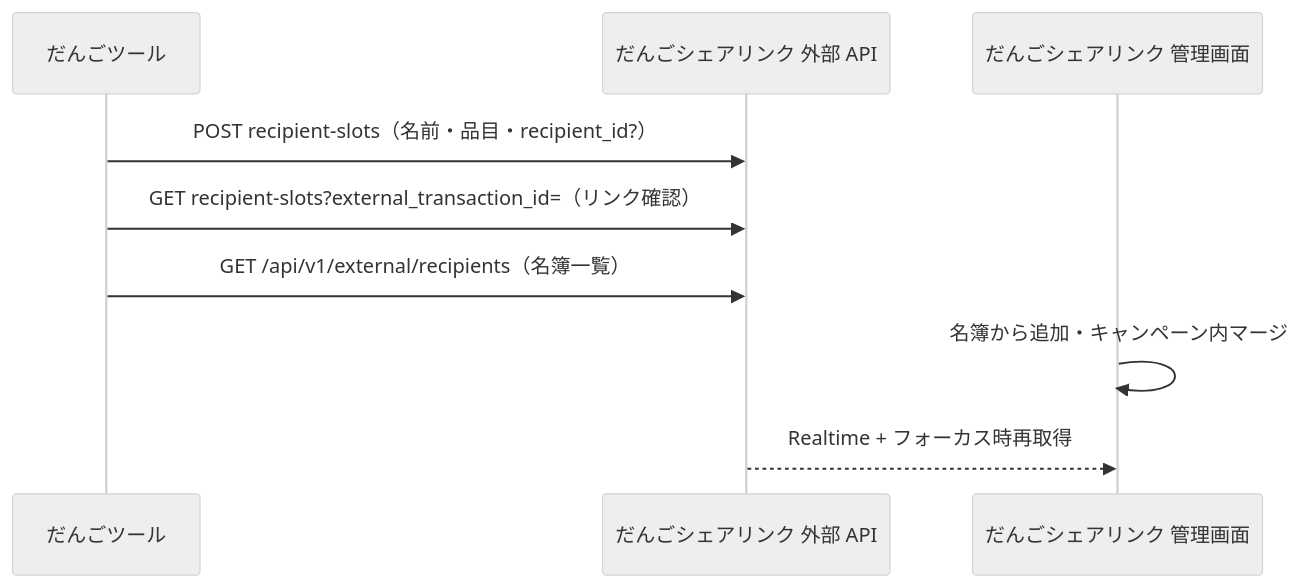
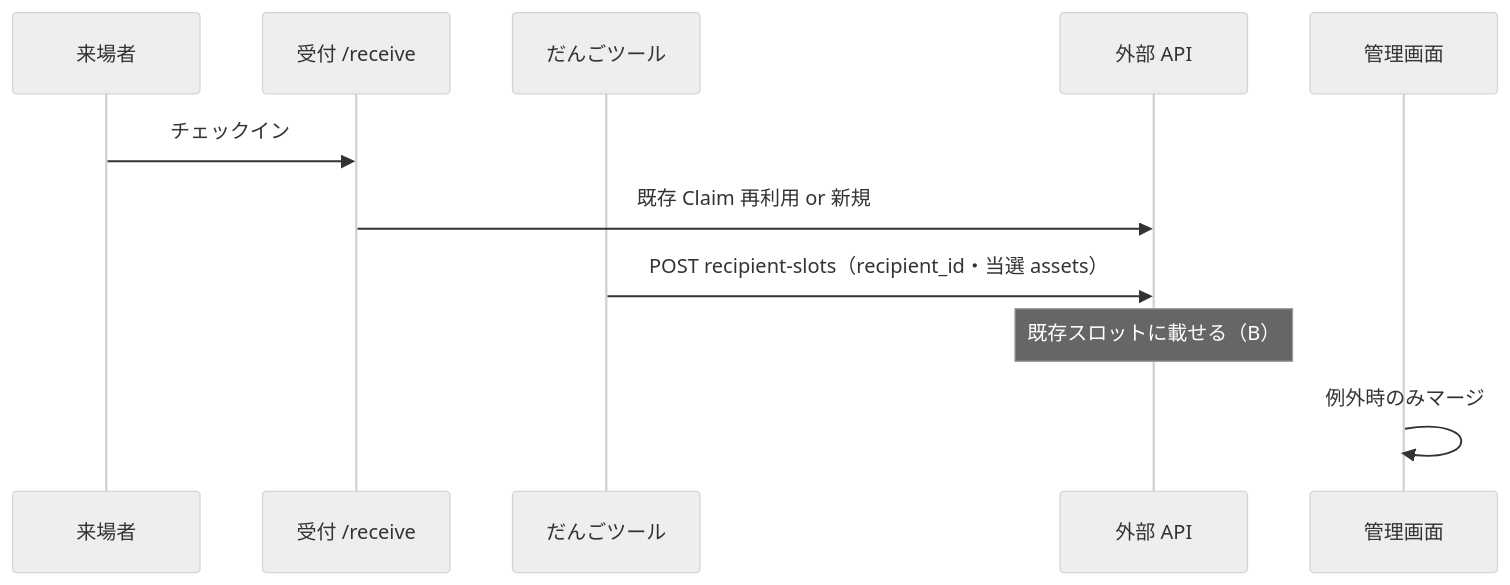
The diagram in docs/gacha-share-link-integration.md (DukeGomadango/app-live-counter-suite), drawn with Mermaid (neutral theme) before and after one commit. The commit also changed other lines of this file and 14 other files, not shown here.

````diff
--- a/docs/gacha-share-link-integration.md
+++ b/docs/gacha-share-link-integration.md
@@ -116,12 +107,14 @@
 ```mermaid
 sequenceDiagram
+  participant Listener as 来場者
+  participant Receive as 受付 /receive
   participant Tool as だんごツール
-  participant API as だんごシェアリンク 外部 API
-  participant UI as だんごシェアリンク 管理画面
+  participant API as 外部 API
+  participant UI as 管理画面
 
-  Tool->>API: POST recipient-slots（名前・品目・recipient_id?）
-  Tool->>API: GET recipient-slots?external_transaction_id=（リンク確認）
-  Tool->>API: GET /api/v1/external/recipients（名簿一覧）
-  UI->>UI: 名簿から追加・キャンペーン内マージ
-  API-->>UI: Realtime + フォーカス時再取得
+  Listener->>Receive: チェックイン
+  Receive->>API: 既存 Claim 再利用 or 新規
+  Tool->>API: POST recipient-slots（recipient_id・当選 assets）
+  Note over API: 既存スロットに載せる（B）
+  UI->>UI: 例外時のみマージ
 ```
````
